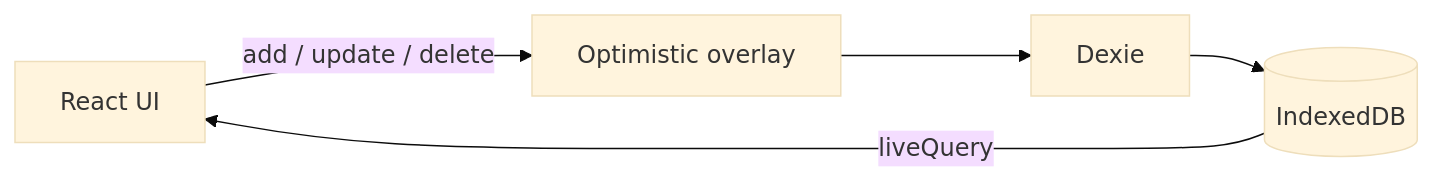
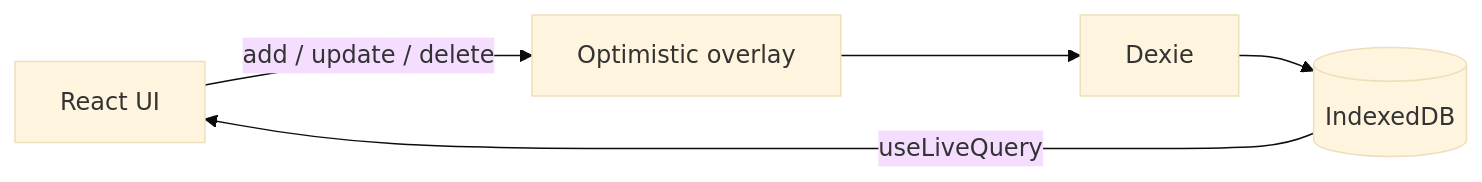
Before and after one commit to sklevel8/spendline: the diagram in README.md, drawn with Mermaid (base theme). The commit also changed other lines of this file, not shown here.

````diff
--- a/README.md
+++ b/README.md
@@ -80,7 +31,7 @@
 ```mermaid
 flowchart LR
   UI[React UI] -->|add / update / delete| OVERLAY[Optimistic overlay]
   OVERLAY --> DEXIE[Dexie]
   DEXIE --> IDB[(IndexedDB)]
-  IDB -->|liveQuery| UI
+  IDB -->|useLiveQuery| UI
 ```
````
